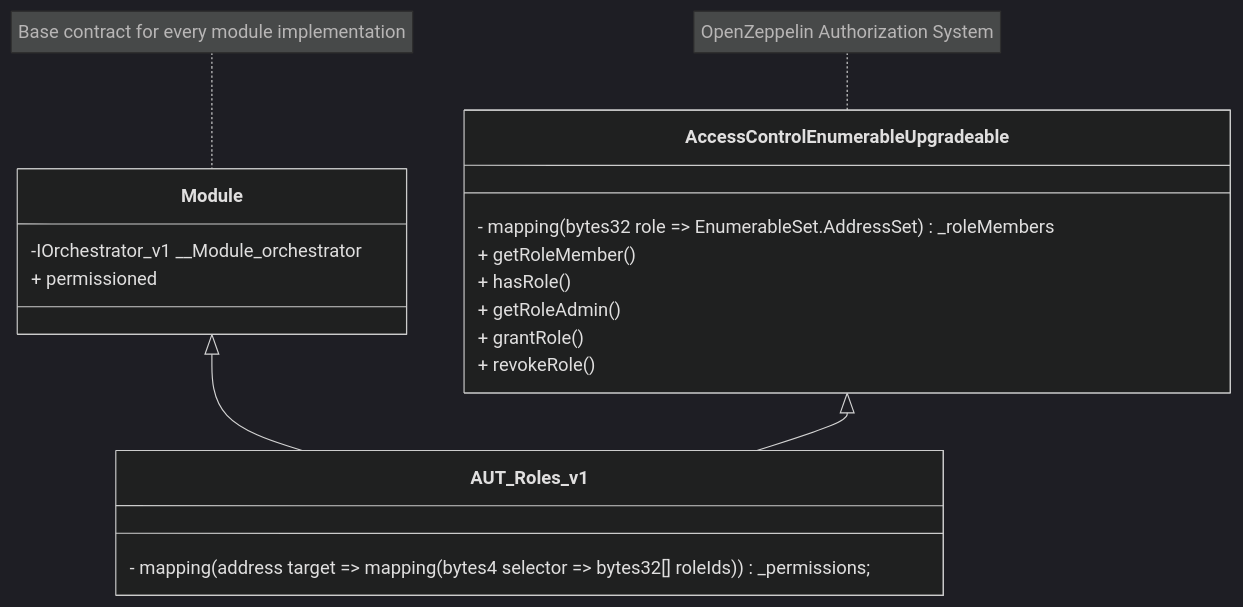
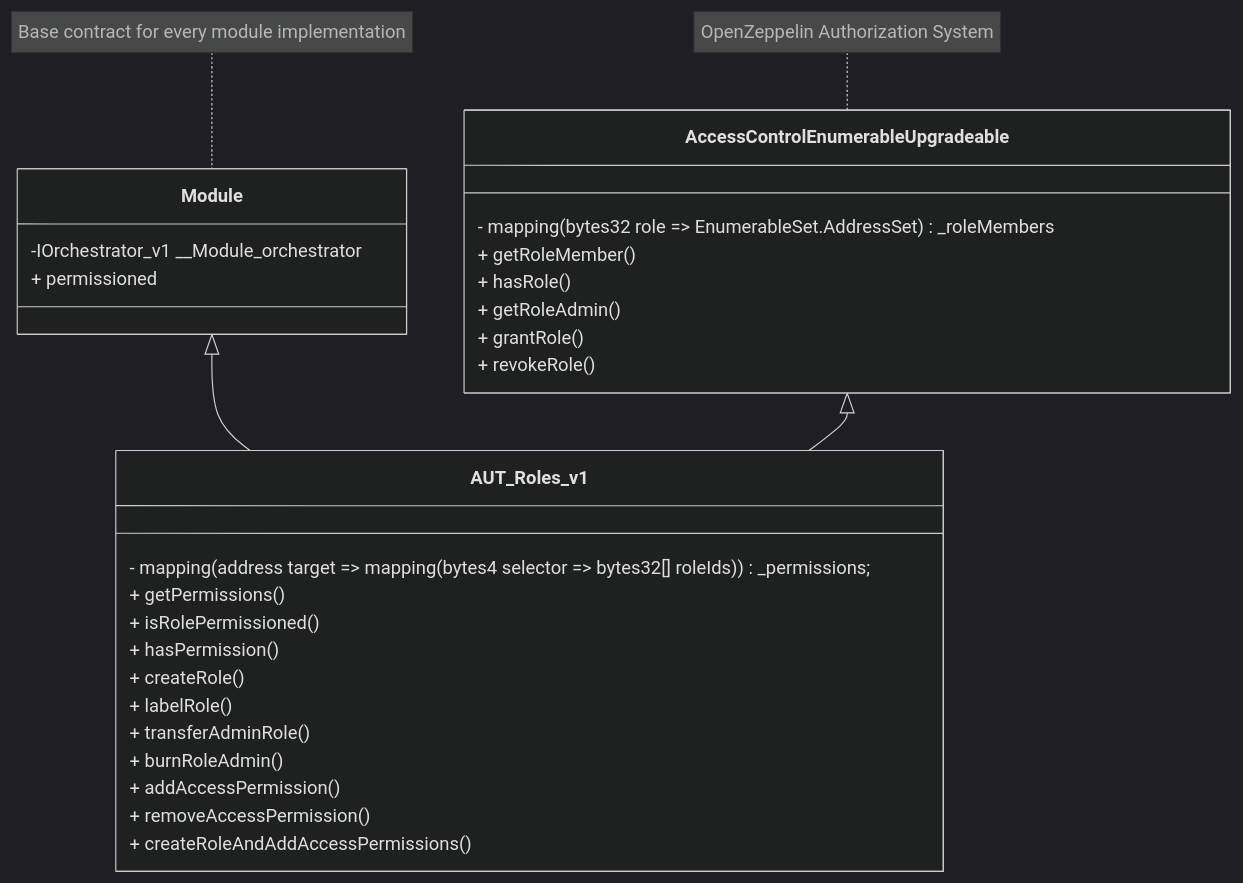
One commit to InverterNetwork/contracts changed the diagram in docs/src/modules/authorizer/role/AUT_Roles_v1.md. Above: the diagram before and after it, drawn with Mermaid (dark theme).

````diff
--- a/docs/src/modules/authorizer/role/AUT_Roles_v1.md
+++ b/docs/src/modules/authorizer/role/AUT_Roles_v1.md
@@ -55,27 +55,37 @@
 ```mermaid
 classDiagram
 
     Module <|-- AUT_Roles_v1
     AccessControlEnumerableUpgradeable <|-- AUT_Roles_v1
 
     note for Module "Base contract for every module implementation"
     class Module{
         -IOrchestrator_v1 __Module_orchestrator
         + permissioned
     }
 
     note for AccessControlEnumerableUpgradeable "OpenZeppelin Authorization System"
     class AccessControlEnumerableUpgradeable {
         - mapping(bytes32 role => EnumerableSet.AddressSet) _roleMembers
         + getRoleMember()
         + hasRole()
         + getRoleAdmin()
         + grantRole()
         + revokeRole()
     }
 
     class AUT_Roles_v1{
         - mapping(address target => mapping(bytes4 selector => bytes32[] roleIds)) _permissions;
+        + getPermissions()
+        + isRolePermissioned()
+        + hasPermission()
+        + createRole()
+        + labelRole()
+        + transferAdminRole()
+        + burnRoleAdmin()
+        + addAccessPermission()
+        + removeAccessPermission()
+        + createRoleAndAddAccessPermissions()
     }
 
 ```
````
